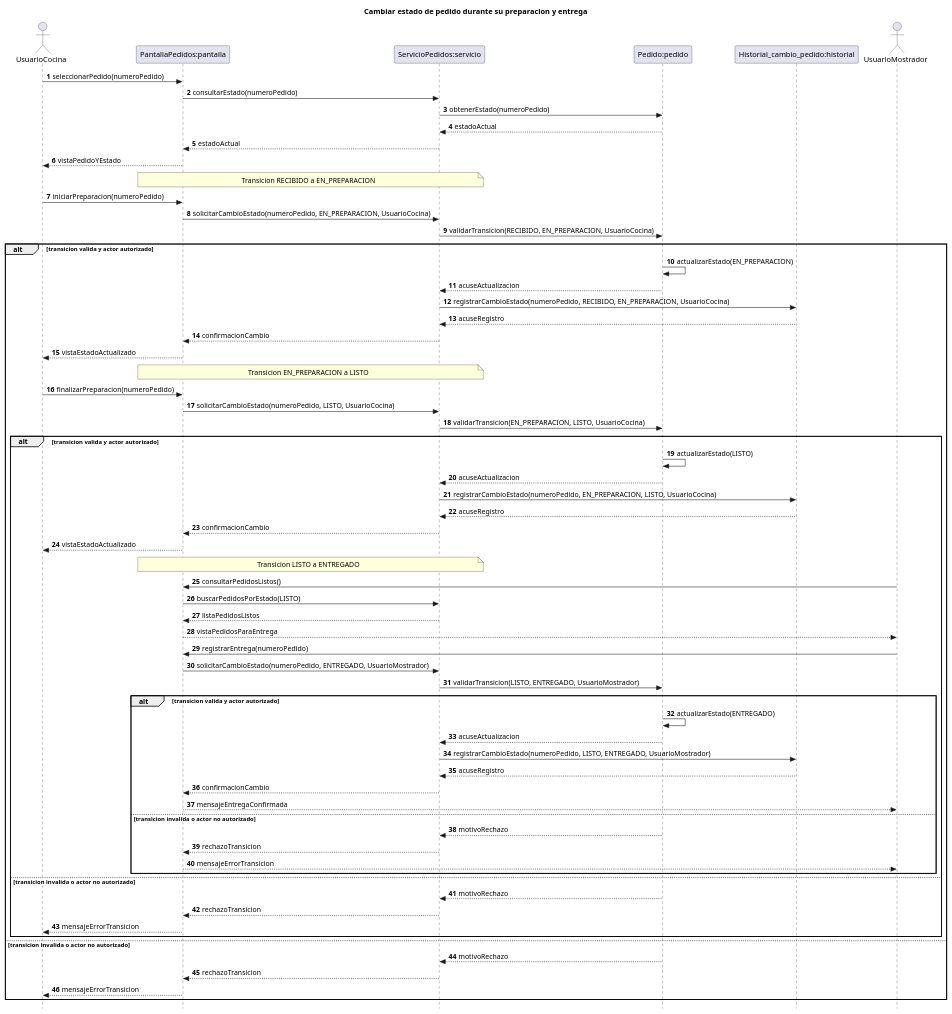
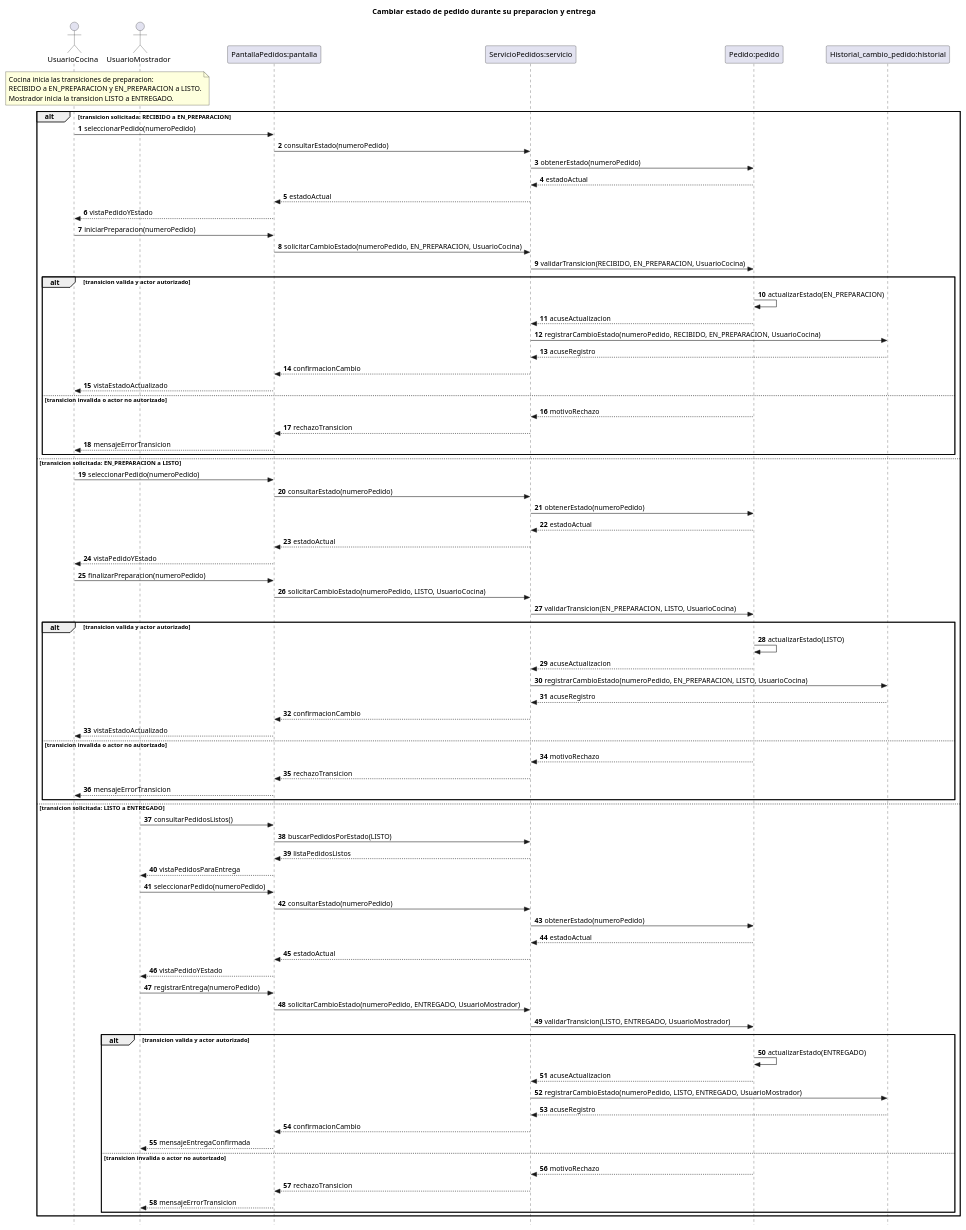
Before and after one commit to eloeyhe/SistemaPedidos: the diagram in diagramas/05-diagramas-secuencia/05-secuencia-cambiar-estado-pedido-avance-preparacion-04.puml, drawn with PlantUML. The commit also changed 7 other files, not shown here.

```diff
--- a/diagramas/05-diagramas-secuencia/05-secuencia-cambiar-estado-pedido-avance-preparacion-04.puml
+++ b/diagramas/05-diagramas-secuencia/05-secuencia-cambiar-estado-pedido-avance-preparacion-04.puml
@@ -1,75 +1,96 @@
 @startuml
 title Cambiar estado de pedido durante su preparacion y entrega
 autonumber
 skinparam style strictuml
 hide footbox
 
 actor UsuarioCocina
+actor UsuarioMostrador
 participant "PantallaPedidos:pantalla" as pantalla
 participant "ServicioPedidos:servicio" as servicio
 participant "Pedido:pedido" as pedido
 participant "Historial_cambio_pedido:historial" as historial
-actor UsuarioMostrador
 
-UsuarioCocina -> pantalla : seleccionarPedido(numeroPedido)
-pantalla -> servicio : consultarEstado(numeroPedido)
-servicio -> pedido : obtenerEstado(numeroPedido)
-pedido --> servicio : estadoActual
-servicio --> pantalla : estadoActual
-pantalla --> UsuarioCocina : vistaPedidoYEstado
+note over UsuarioCocina, UsuarioMostrador
+    Cocina inicia las transiciones de preparacion:
+    RECIBIDO a EN_PREPARACION y EN_PREPARACION a LISTO.
+    Mostrador inicia la transicion LISTO a ENTREGADO.
+end note
 
-note over pantalla, servicio : Transicion RECIBIDO a EN_PREPARACION
-UsuarioCocina -> pantalla : iniciarPreparacion(numeroPedido)
-pantalla -> servicio : solicitarCambioEstado(numeroPedido, EN_PREPARACION, UsuarioCocina)
-servicio -> pedido : validarTransicion(RECIBIDO, EN_PREPARACION, UsuarioCocina)
-alt transicion valida y actor autorizado
-    pedido -> pedido : actualizarEstado(EN_PREPARACION)
-    pedido --> servicio : acuseActualizacion
-    servicio -> historial : registrarCambioEstado(numeroPedido, RECIBIDO, EN_PREPARACION, UsuarioCocina)
-    historial --> servicio : acuseRegistro
-    servicio --> pantalla : confirmacionCambio
-    pantalla --> UsuarioCocina : vistaEstadoActualizado
+alt transicion solicitada: RECIBIDO a EN_PREPARACION
+    UsuarioCocina -> pantalla : seleccionarPedido(numeroPedido)
+    pantalla -> servicio : consultarEstado(numeroPedido)
+    servicio -> pedido : obtenerEstado(numeroPedido)
+    pedido --> servicio : estadoActual
+    servicio --> pantalla : estadoActual
+    pantalla --> UsuarioCocina : vistaPedidoYEstado
 
-    note over pantalla, servicio : Transicion EN_PREPARACION a LISTO
+    UsuarioCocina -> pantalla : iniciarPreparacion(numeroPedido)
+    pantalla -> servicio : solicitarCambioEstado(numeroPedido, EN_PREPARACION, UsuarioCocina)
+    servicio -> pedido : validarTransicion(RECIBIDO, EN_PREPARACION, UsuarioCocina)
+    alt transicion valida y actor autorizado
+        pedido -> pedido : actualizarEstado(EN_PREPARACION)
+        pedido --> servicio : acuseActualizacion
+        servicio -> historial : registrarCambioEstado(numeroPedido, RECIBIDO, EN_PREPARACION, UsuarioCocina)
+        historial --> servicio : acuseRegistro
+        servicio --> pantalla : confirmacionCambio
+        pantalla --> UsuarioCocina : vistaEstadoActualizado
+    else transicion invalida o actor no autorizado
+        pedido --> servicio : motivoRechazo
+        servicio --> pantalla : rechazoTransicion
+        pantalla --> UsuarioCocina : mensajeErrorTransicion
+    end
+
+else transicion solicitada: EN_PREPARACION a LISTO
+    UsuarioCocina -> pantalla : seleccionarPedido(numeroPedido)
+    pantalla -> servicio : consultarEstado(numeroPedido)
+    servicio -> pedido : obtenerEstado(numeroPedido)
+    pedido --> servicio : estadoActual
+    servicio --> pantalla : estadoActual
+    pantalla --> UsuarioCocina : vistaPedidoYEstado
+
     UsuarioCocina -> pantalla : finalizarPreparacion(numeroPedido)
     pantalla -> servicio : solicitarCambioEstado(numeroPedido, LISTO, UsuarioCocina)
     servicio -> pedido : validarTransicion(EN_PREPARACION, LISTO, UsuarioCocina)
     alt transicion valida y actor autorizado
         pedido -> pedido : actualizarEstado(LISTO)
         pedido --> servicio : acuseActualizacion
         servicio -> historial : registrarCambioEstado(numeroPedido, EN_PREPARACION, LISTO, UsuarioCocina)
         historial --> servicio : acuseRegistro
         servicio --> pantalla : confirmacionCambio
         pantalla --> UsuarioCocina : vistaEstadoActualizado
-
-        note over pantalla, servicio : Transicion LISTO a ENTREGADO
-        UsuarioMostrador -> pantalla : consultarPedidosListos()
-        pantalla -> servicio : buscarPedidosPorEstado(LISTO)
-        servicio --> pantalla : listaPedidosListos
-        pantalla --> UsuarioMostrador : vistaPedidosParaEntrega
-        UsuarioMostrador -> pantalla : registrarEntrega(numeroPedido)
-        pantalla -> servicio : solicitarCambioEstado(numeroPedido, ENTREGADO, UsuarioMostrador)
-        servicio -> pedido : validarTransicion(LISTO, ENTREGADO, UsuarioMostrador)
-        alt transicion valida y actor autorizado
-            pedido -> pedido : actualizarEstado(ENTREGADO)
-            pedido --> servicio : acuseActualizacion
-            servicio -> historial : registrarCambioEstado(numeroPedido, LISTO, ENTREGADO, UsuarioMostrador)
-            historial --> servicio : acuseRegistro
-            servicio --> pantalla : confirmacionCambio
-            pantalla --> UsuarioMostrador : mensajeEntregaConfirmada
-        else transicion invalida o actor no autorizado
-            pedido --> servicio : motivoRechazo
-            servicio --> pantalla : rechazoTransicion
-            pantalla --> UsuarioMostrador : mensajeErrorTransicion
-        end
     else transicion invalida o actor no autorizado
         pedido --> servicio : motivoRechazo
         servicio --> pantalla : rechazoTransicion
         pantalla --> UsuarioCocina : mensajeErrorTransicion
     end
-else transicion invalida o actor no autorizado
-    pedido --> servicio : motivoRechazo
-    servicio --> pantalla : rechazoTransicion
-    pantalla --> UsuarioCocina : mensajeErrorTransicion
+
+else transicion solicitada: LISTO a ENTREGADO
+    UsuarioMostrador -> pantalla : consultarPedidosListos()
+    pantalla -> servicio : buscarPedidosPorEstado(LISTO)
+    servicio --> pantalla : listaPedidosListos
+    pantalla --> UsuarioMostrador : vistaPedidosParaEntrega
+    UsuarioMostrador -> pantalla : seleccionarPedido(numeroPedido)
+    pantalla -> servicio : consultarEstado(numeroPedido)
+    servicio -> pedido : obtenerEstado(numeroPedido)
+    pedido --> servicio : estadoActual
+    servicio --> pantalla : estadoActual
+    pantalla --> UsuarioMostrador : vistaPedidoYEstado
+
+    UsuarioMostrador -> pantalla : registrarEntrega(numeroPedido)
+    pantalla -> servicio : solicitarCambioEstado(numeroPedido, ENTREGADO, UsuarioMostrador)
+    servicio -> pedido : validarTransicion(LISTO, ENTREGADO, UsuarioMostrador)
+    alt transicion valida y actor autorizado
+        pedido -> pedido : actualizarEstado(ENTREGADO)
+        pedido --> servicio : acuseActualizacion
+        servicio -> historial : registrarCambioEstado(numeroPedido, LISTO, ENTREGADO, UsuarioMostrador)
+        historial --> servicio : acuseRegistro
+        servicio --> pantalla : confirmacionCambio
+        pantalla --> UsuarioMostrador : mensajeEntregaConfirmada
+    else transicion invalida o actor no autorizado
+        pedido --> servicio : motivoRechazo
+        servicio --> pantalla : rechazoTransicion
+        pantalla --> UsuarioMostrador : mensajeErrorTransicion
+    end
 end
 @enduml
```
